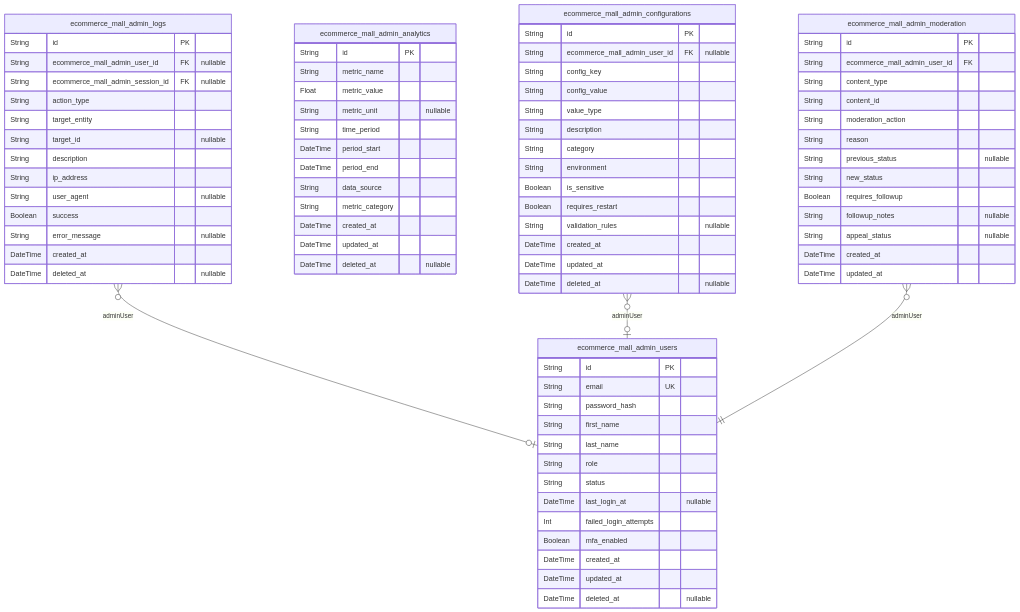
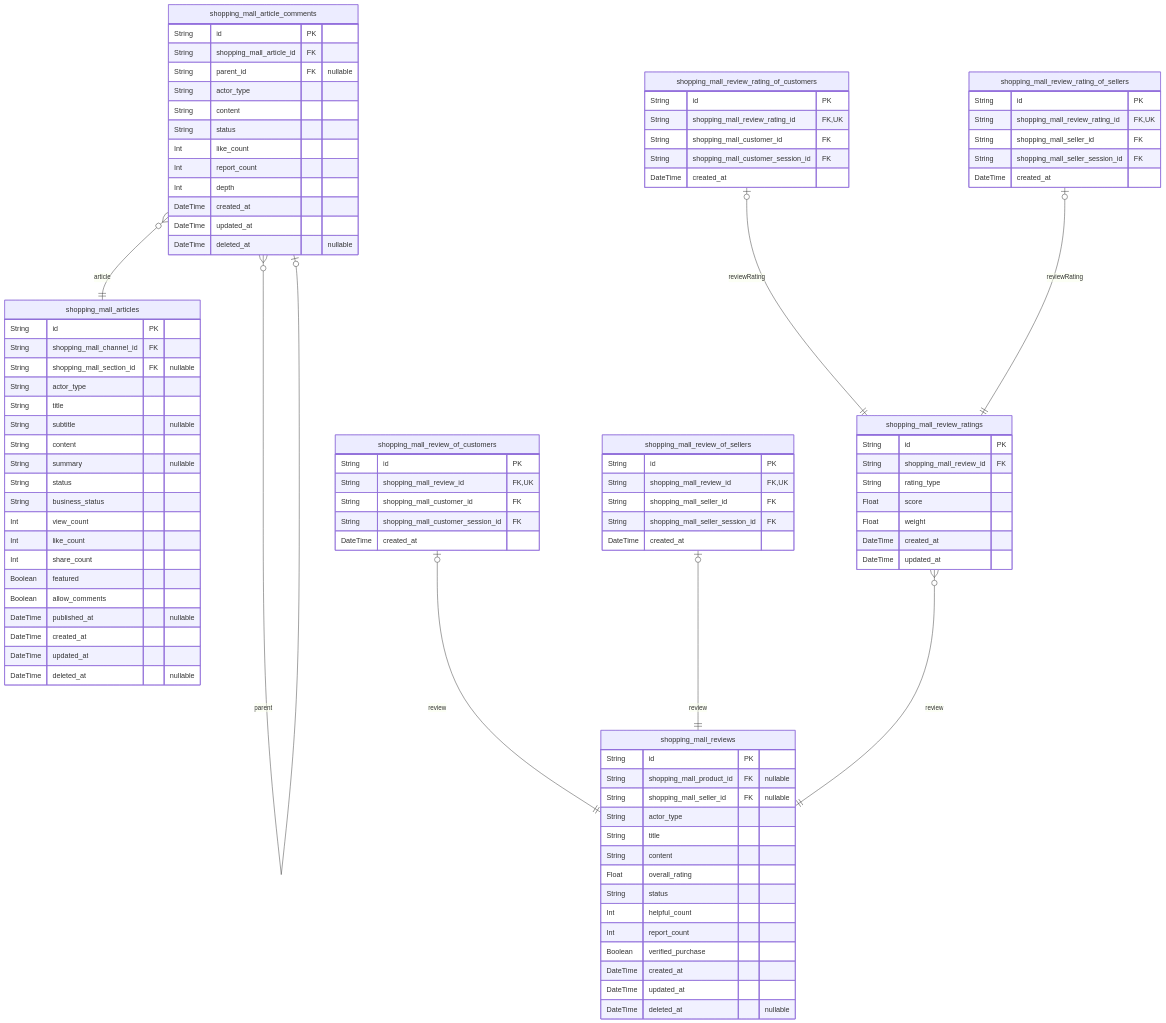
One commit to wrtnlabs/autobe-examples changed the ninth of 10 diagrams in deepseek/deepseek-v3.1-terminus-exacto/shopping/docs/ERD.md. Above: the diagram before and after it, drawn with Mermaid. The commit also changed other lines of this file and 7173 other files, not shown here.

````diff
--- a/deepseek/deepseek-v3.1-terminus-exacto/shopping/docs/ERD.md
+++ b/deepseek/deepseek-v3.1-terminus-exacto/shopping/docs/ERD.md
@@ -2474,81 +2146,98 @@
 ```mermaid
 erDiagram
-"ecommerce_mall_admin_users" {
+"shopping_mall_articles" {
   String id PK
-  String email UK
-  String password_hash
-  String first_name
-  String last_name
-  String role
+  String shopping_mall_channel_id FK
+  String shopping_mall_section_id FK "nullable"
+  String actor_type
+  String title
+  String subtitle "nullable"
+  String content
+  String summary "nullable"
   String status
-  DateTime last_login_at "nullable"
-  Int failed_login_attempts
-  Boolean mfa_enabled
+  String business_status
+  Int view_count
+  Int like_count
+  Int share_count
+  Boolean featured
+  Boolean allow_comments
+  DateTime published_at "nullable"
   DateTime created_at
   DateTime updated_at
   DateTime deleted_at "nullable"
 }
-"ecommerce_mall_admin_logs" {
+"shopping_mall_article_comments" {
   String id PK
-  String ecommerce_mall_admin_user_id FK "nullable"
-  String ecommerce_mall_admin_session_id FK "nullable"
-  String action_type
-  String target_entity
-  String target_id "nullable"
-  String description
-  String ip_address
-  String user_agent "nullable"
-  Boolean success
-  String error_message "nullable"
-  DateTime created_at
-  DateTime deleted_at "nullable"
-}
-"ecommerce_mall_admin_analytics" {
-  String id PK
-  String metric_name
-  Float metric_value
-  String metric_unit "nullable"
-  String time_period
-  DateTime period_start
-  DateTime period_end
-  String data_source
-  String metric_category
+  String shopping_mall_article_id FK
+  String parent_id FK "nullable"
+  String actor_type
+  String content
+  String status
+  Int like_count
+  Int report_count
+  Int depth
   DateTime created_at
   DateTime updated_at
   DateTime deleted_at "nullable"
 }
-"ecommerce_mall_admin_configurations" {
+"shopping_mall_reviews" {
   String id PK
-  String ecommerce_mall_admin_user_id FK "nullable"
-  String config_key
-  String config_value
-  String value_type
-  String description
-  String category
-  String environment
-  Boolean is_sensitive
-  Boolean requires_restart
-  String validation_rules "nullable"
+  String shopping_mall_product_id FK "nullable"
+  String shopping_mall_seller_id FK "nullable"
+  String actor_type
+  String title
+  String content
+  Float overall_rating
+  String status
+  Int helpful_count
+  Int report_count
+  Boolean verified_purchase
   DateTime created_at
   DateTime updated_at
   DateTime deleted_at "nullable"
 }
-"ecommerce_mall_admin_moderation" {
+"shopping_mall_review_of_customers" {
   String id PK
-  String ecommerce_mall_admin_user_id FK
-  String content_type
-  String content_id
-  String moderation_action
-  String reason
-  String previous_status "nullable"
-  String new_status
-  Boolean requires_followup
-  String followup_notes "nullable"
-  String appeal_status "nullable"
+  String shopping_mall_review_id FK,UK
+  String shopping_mall_customer_id FK
+  String shopping_mall_customer_session_id FK
+  DateTime created_at
+}
+"shopping_mall_review_of_sellers" {
+  String id PK
+  String shopping_mall_review_id FK,UK
+  String shopping_mall_seller_id FK
+  String shopping_mall_seller_session_id FK
+  DateTime created_at
+}
+"shopping_mall_review_ratings" {
+  String id PK
+  String shopping_mall_review_id FK
+  String rating_type
+  Float score
+  Float weight
   DateTime created_at
   DateTime updated_at
 }
-"ecommerce_mall_admin_logs" }o--o| "ecommerce_mall_admin_users" : adminUser
-"ecommerce_mall_admin_configurations" }o--o| "ecommerce_mall_admin_users" : adminUser
-"ecommerce_mall_admin_moderation" }o--|| "ecommerce_mall_admin_users" : adminUser
+"shopping_mall_review_rating_of_customers" {
+  String id PK
+  String shopping_mall_review_rating_id FK,UK
+  String shopping_mall_customer_id FK
+  String shopping_mall_customer_session_id FK
+  DateTime created_at
+}
+"shopping_mall_review_rating_of_sellers" {
+  String id PK
+  String shopping_mall_review_rating_id FK,UK
+  String shopping_mall_seller_id FK
+  String shopping_mall_seller_session_id FK
+  DateTime created_at
+}
+"shopping_mall_article_comments" }o--|| "shopping_mall_articles" : article
+"shopping_mall_article_comments" }o--o| "shopping_mall_article_comments" : parent
+"shopping_mall_review_of_customers" |o--|| "shopping_mall_reviews" : review
+"shopping_mall_review_of_sellers" |o--|| "shopping_mall_reviews" : review
+"shopping_mall_review_ratings" }o--|| "shopping_mall_reviews" : review
+"shopping_mall_review_rating_of_customers" |o--|| "shopping_mall_review_ratings" : reviewRating
+"shopping_mall_review_rating_of_sellers" |o--|| "shopping_mall_review_ratings" : reviewRating
 ```
````
